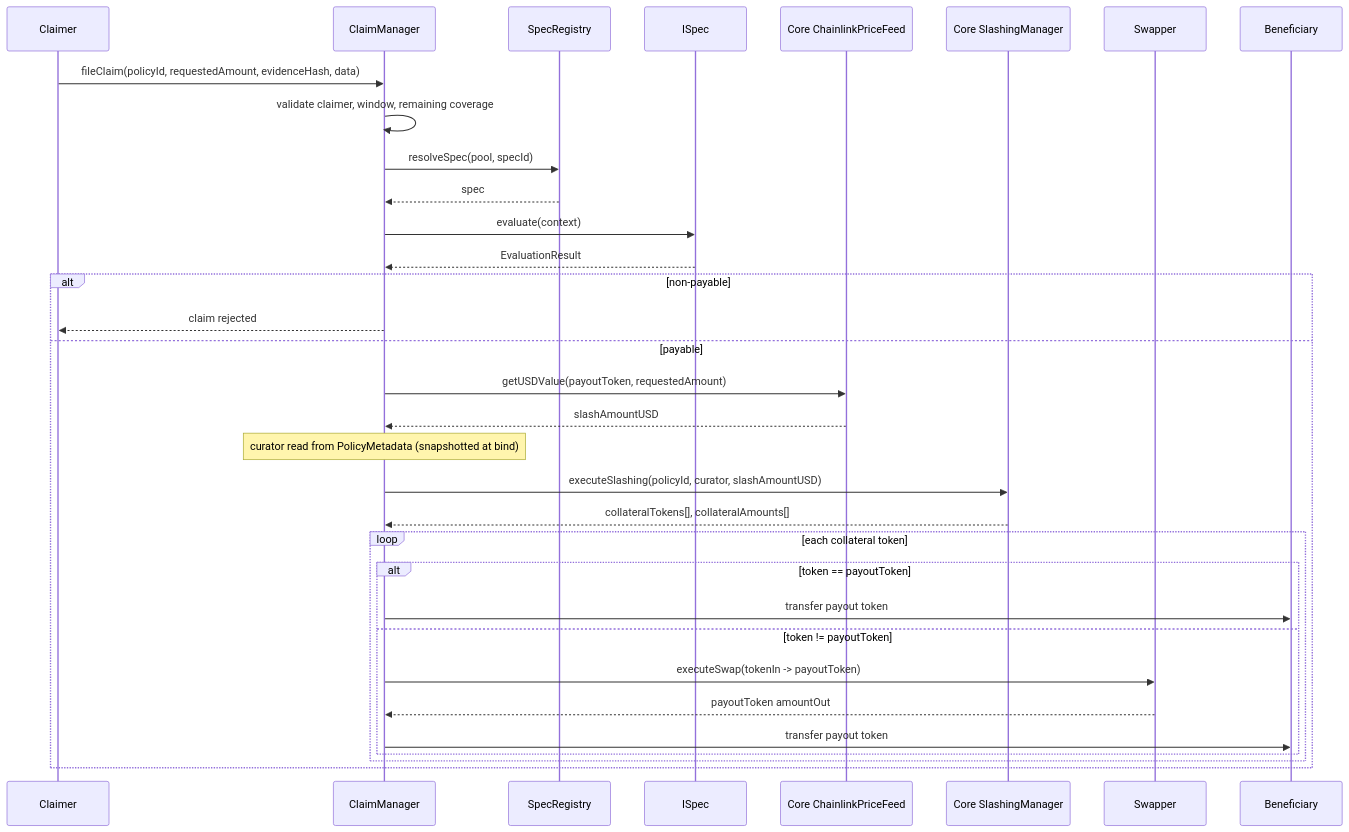
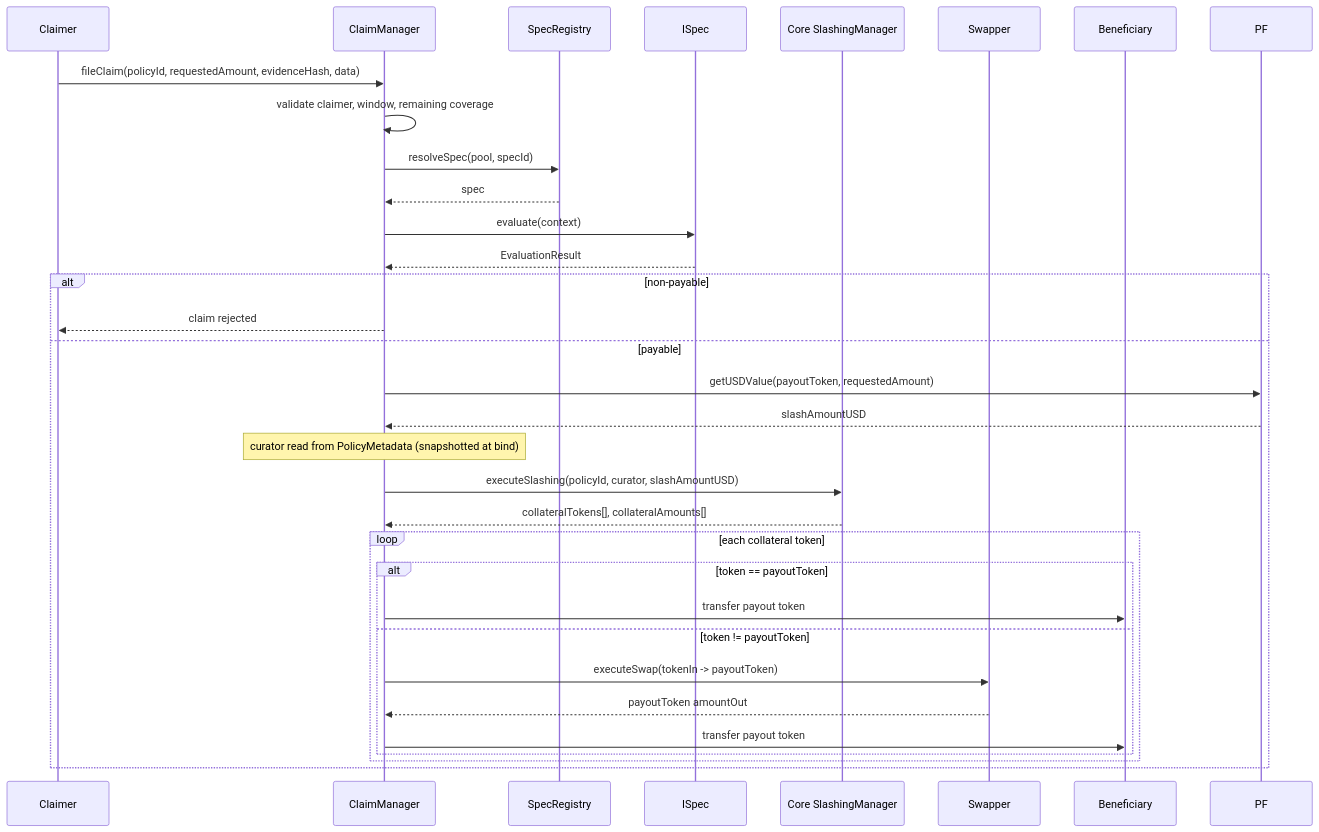
One commit to 0xcatalysis/coverage changed the third of 5 diagrams in docs/architecture/06-premiums-claims.md. Above: the diagram before and after it, drawn with Mermaid. The commit also changed other lines of this file and 2 other files, not shown here.

Commit message:
docs: update architecture docs for token-native slashing flow

````diff
--- a/docs/architecture/06-premiums-claims.md
+++ b/docs/architecture/06-premiums-claims.md
@@ -111,37 +108,36 @@
 ```mermaid
 sequenceDiagram
     participant Claimer
     participant CM as ClaimManager
     participant SR as SpecRegistry
     participant Spec as ISpec
-    participant PF as Core ChainlinkPriceFeed
     participant SLM as Core SlashingManager
     participant SW as Swapper
     participant Beneficiary
 
     Claimer->>CM: fileClaim(policyId, requestedAmount, evidenceHash, data)
     CM->>CM: validate claimer, window, remaining coverage
     CM->>SR: resolveSpec(pool, specId)
     SR-->>CM: spec
     CM->>Spec: evaluate(context)
     Spec-->>CM: EvaluationResult
 
     alt non-payable
         CM-->>Claimer: claim rejected
     else payable
         CM->>PF: getUSDValue(payoutToken, requestedAmount)
         PF-->>CM: slashAmountUSD
         Note over CM: curator read from PolicyMetadata (snapshotted at bind)
         CM->>SLM: executeSlashing(policyId, curator, slashAmountUSD)
         SLM-->>CM: collateralTokens[], collateralAmounts[]
         loop each collateral token
             alt token == payoutToken
                 CM->>Beneficiary: transfer payout token
             else token != payoutToken
                 CM->>SW: executeSwap(tokenIn -> payoutToken)
                 SW-->>CM: payoutToken amountOut
                 CM->>Beneficiary: transfer payout token
             end
         end
     end
 ```
````
